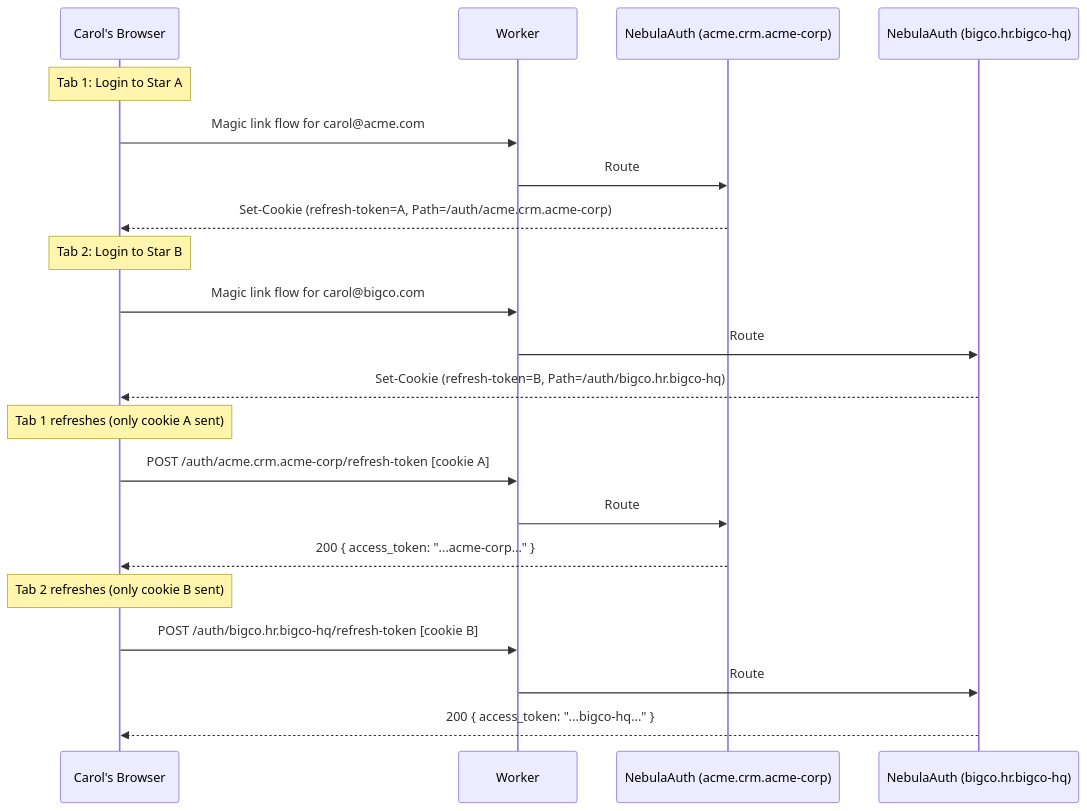
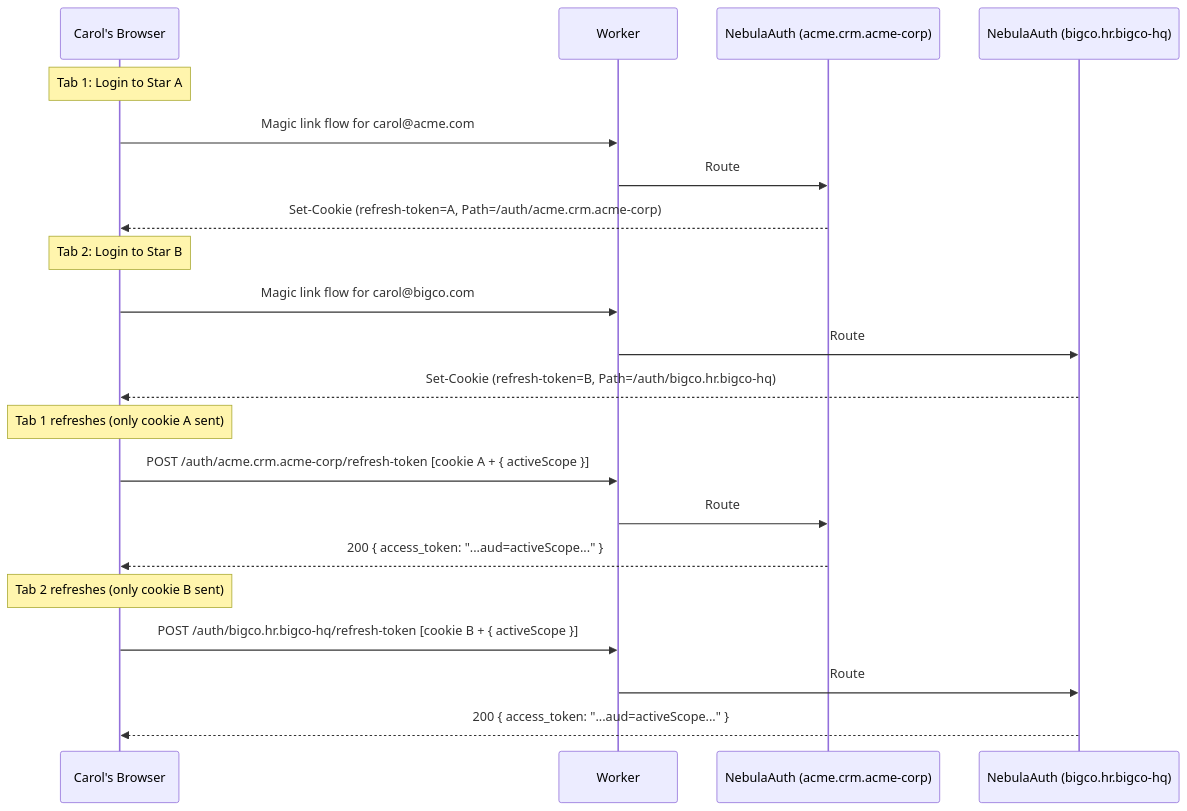
Before and after one commit to lumenize/lumenize: the eighth of 8 diagrams in packages/nebula-auth/README.md, drawn with Mermaid. The commit also changed other lines of this file and 16 other files, not shown here.

````diff
--- a/packages/nebula-auth/README.md
+++ b/packages/nebula-auth/README.md
@@ -316,27 +317,27 @@
 ```mermaid
 sequenceDiagram
     participant C as Carol's Browser
     participant W as Worker
     participant S1 as NebulaAuth (acme.crm.acme-corp)
     participant S2 as NebulaAuth (bigco.hr.bigco-hq)
 
     Note over C: Tab 1: Login to Star A
     C->>W: Magic link flow for carol@acme.com
     W->>S1: Route
     S1-->>C: Set-Cookie (refresh-token=A, Path=/auth/acme.crm.acme-corp)
 
     Note over C: Tab 2: Login to Star B
     C->>W: Magic link flow for carol@bigco.com
     W->>S2: Route
     S2-->>C: Set-Cookie (refresh-token=B, Path=/auth/bigco.hr.bigco-hq)
 
     Note over C: Tab 1 refreshes (only cookie A sent)
-    C->>W: POST /auth/acme.crm.acme-corp/refresh-token [cookie A]
+    C->>W: POST /auth/acme.crm.acme-corp/refresh-token [cookie A + { activeScope }]
     W->>S1: Route
-    S1-->>C: 200 { access_token: "...acme-corp..." }
+    S1-->>C: 200 { access_token: "...aud=activeScope..." }
 
     Note over C: Tab 2 refreshes (only cookie B sent)
-    C->>W: POST /auth/bigco.hr.bigco-hq/refresh-token [cookie B]
+    C->>W: POST /auth/bigco.hr.bigco-hq/refresh-token [cookie B + { activeScope }]
     W->>S2: Route
-    S2-->>C: 200 { access_token: "...bigco-hq..." }
+    S2-->>C: 200 { access_token: "...aud=activeScope..." }
 ```
````
